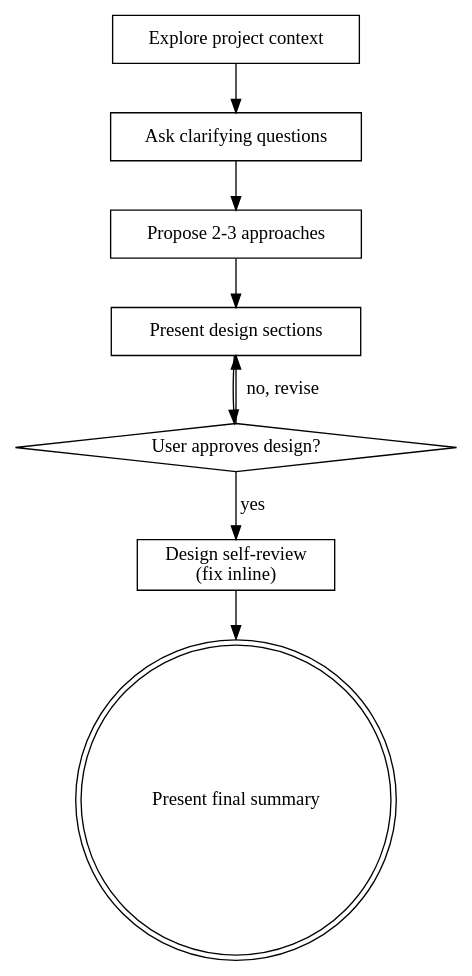
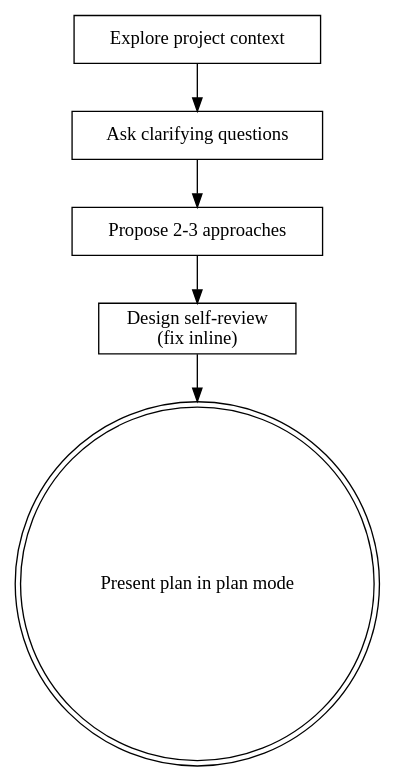
The diagram in nix/home/.claude/skills/brainstorming/SKILL.md (kunimitaiyoh/home-server), drawn with Graphviz before and after one commit. The commit also changed other lines of this file, not shown here.

Commit message:
fix: clarify design presentation process and question handling in SKILL.md

````diff
--- a/nix/home/.claude/skills/brainstorming/SKILL.md
+++ b/nix/home/.claude/skills/brainstorming/SKILL.md
@@ -34,19 +33,14 @@
 ```dot
 digraph brainstorming {
     "Explore project context" [shape=box];
     "Ask clarifying questions" [shape=box];
     "Propose 2-3 approaches" [shape=box];
-    "Present design sections" [shape=box];
-    "User approves design?" [shape=diamond];
     "Design self-review\n(fix inline)" [shape=box];
-    "Present final summary" [shape=doublecircle];
+    "Present plan in plan mode" [shape=doublecircle];
 
     "Explore project context" -> "Ask clarifying questions";
     "Ask clarifying questions" -> "Propose 2-3 approaches";
-    "Propose 2-3 approaches" -> "Present design sections";
-    "Present design sections" -> "User approves design?";
-    "User approves design?" -> "Present design sections" [label="no, revise"];
-    "User approves design?" -> "Design self-review\n(fix inline)" [label="yes"];
-    "Design self-review\n(fix inline)" -> "Present final summary";
+    "Propose 2-3 approaches" -> "Design self-review\n(fix inline)";
+    "Design self-review\n(fix inline)" -> "Present plan in plan mode";
 }
 ```
````
